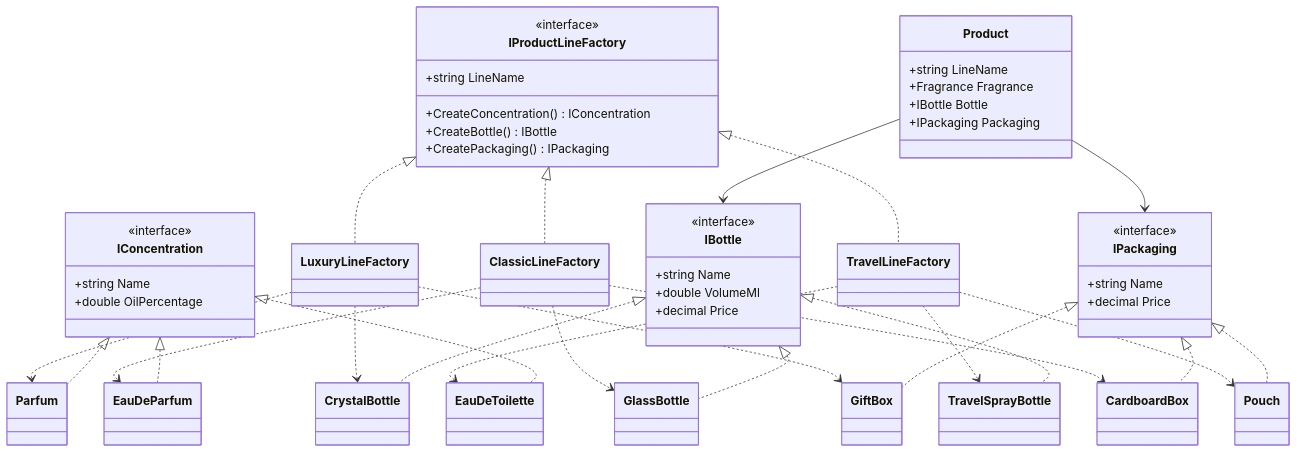
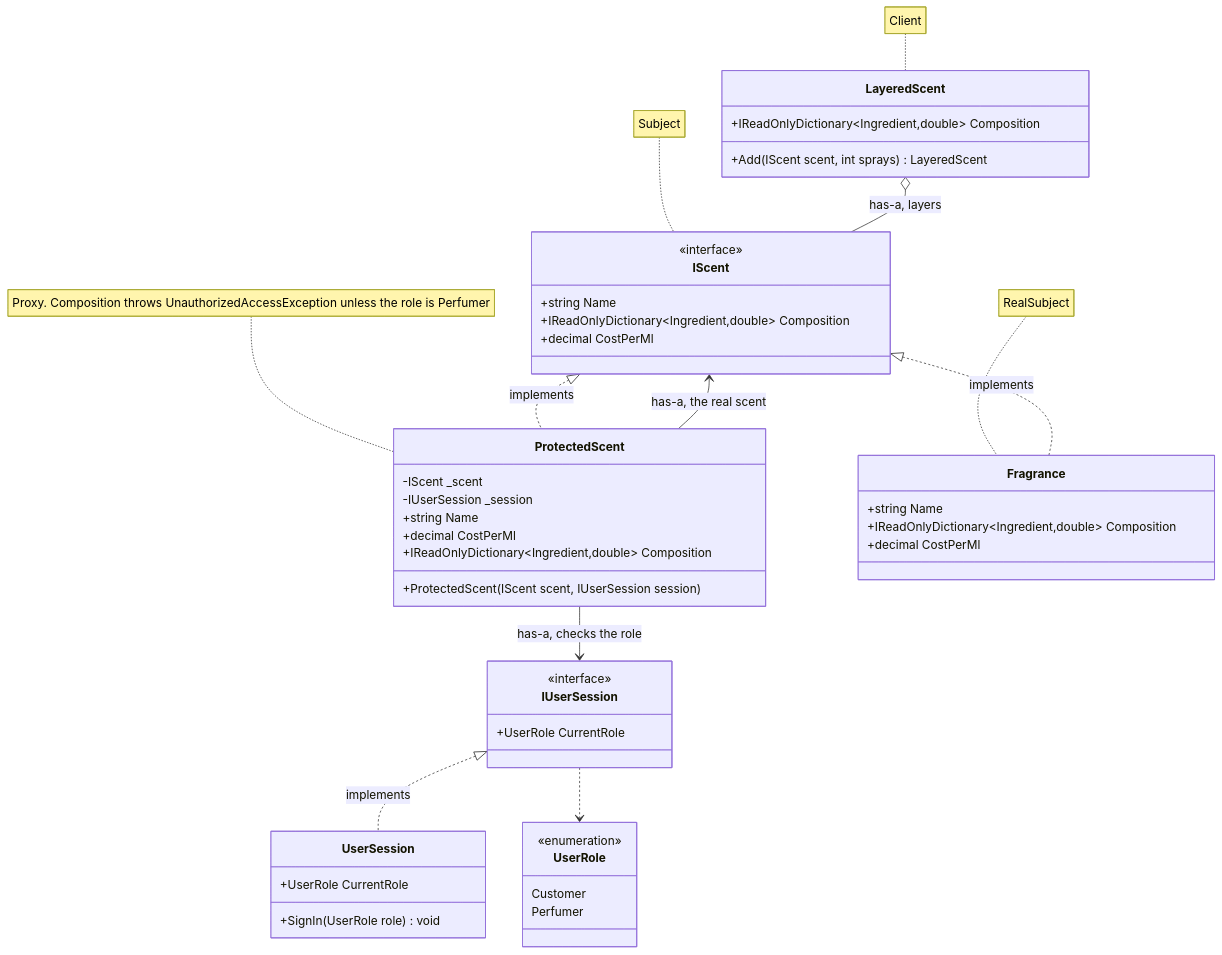
The second of 4 diagrams in REPORT.md (m0sji/TMPS_26), drawn with Mermaid before and after one commit. The commit also changed other lines of this file and 1 other file, not shown here.

````diff
--- a/REPORT.md
+++ b/REPORT.md
@@ -235,66 +224,60 @@
 ```mermaid
 classDiagram
     direction TB
 
-    class IProductLineFactory {
-        <<interface>>
-        +string LineName
-        +CreateConcentration() IConcentration
-        +CreateBottle() IBottle
-        +CreatePackaging() IPackaging
-    }
-    class LuxuryLineFactory
-    class ClassicLineFactory
-    class TravelLineFactory
-
-    class IConcentration {
+    class IScent {
         <<interface>>
         +string Name
-        +double OilPercentage
-    }
-    class IBottle {
-        <<interface>>
-        +string Name
-        +double VolumeMl
-        +decimal Price
-    }
-    class IPackaging {
-        <<interface>>
-        +string Name
-        +decimal Price
+        +IReadOnlyDictionary~Ingredient,double~ Composition
+        +decimal CostPerMl
     }
 
-    class Product {
-        +string LineName
-        +Fragrance Fragrance
-        +IBottle Bottle
-        +IPackaging Packaging
+    class ProtectedScent {
+        -IScent _scent
+        -IUserSession _session
+        +ProtectedScent(IScent scent, IUserSession session)
+        +string Name
+        +decimal CostPerMl
+        +IReadOnlyDictionary~Ingredient,double~ Composition
     }
 
-    IProductLineFactory <|.. LuxuryLineFactory
-    IProductLineFactory <|.. ClassicLineFactory
-    IProductLineFactory <|.. TravelLineFactory
+    class Fragrance {
+        +string Name
+        +IReadOnlyDictionary~Ingredient,double~ Composition
+        +decimal CostPerMl
+    }
 
-    IConcentration <|.. Parfum
-    IConcentration <|.. EauDeParfum
-    IConcentration <|.. EauDeToilette
-    IBottle <|.. CrystalBottle
-    IBottle <|.. GlassBottle
-    IBottle <|.. TravelSprayBottle
-    IPackaging <|.. GiftBox
-    IPackaging <|.. CardboardBox
-    IPackaging <|.. Pouch
+    class IUserSession {
+        <<interface>>
+        +UserRole CurrentRole
+    }
 
-    LuxuryLineFactory ..> Parfum
-    LuxuryLineFactory ..> CrystalBottle
-    LuxuryLineFactory ..> GiftBox
-    ClassicLineFactory ..> EauDeParfum
-    ClassicLineFactory ..> GlassBottle
-    ClassicLineFactory ..> CardboardBox
-    TravelLineFactory ..> EauDeToilette
-    TravelLineFactory ..> TravelSprayBottle
-    TravelLineFactory ..> Pouch
+    class UserSession {
+        +UserRole CurrentRole
+        +SignIn(UserRole role) void
+    }
 
-    Product --> IBottle
-    Product --> IPackaging
+    class UserRole {
+        <<enumeration>>
+        Customer
+        Perfumer
+    }
+
+    class LayeredScent {
+        +Add(IScent scent, int sprays) LayeredScent
+        +IReadOnlyDictionary~Ingredient,double~ Composition
+    }
+
+    IScent <|.. ProtectedScent : implements
+    IScent <|.. Fragrance : implements
+    ProtectedScent --> IScent : has-a, the real scent
+    ProtectedScent --> IUserSession : has-a, checks the role
+    IUserSession <|.. UserSession : implements
+    IUserSession ..> UserRole
+    LayeredScent o-- IScent : has-a, layers
+
+    note for IScent "Subject"
+    note for ProtectedScent "Proxy. Composition throws UnauthorizedAccessException unless the role is Perfumer"
+    note for Fragrance "RealSubject"
+    note for LayeredScent "Client"
 ```
````
